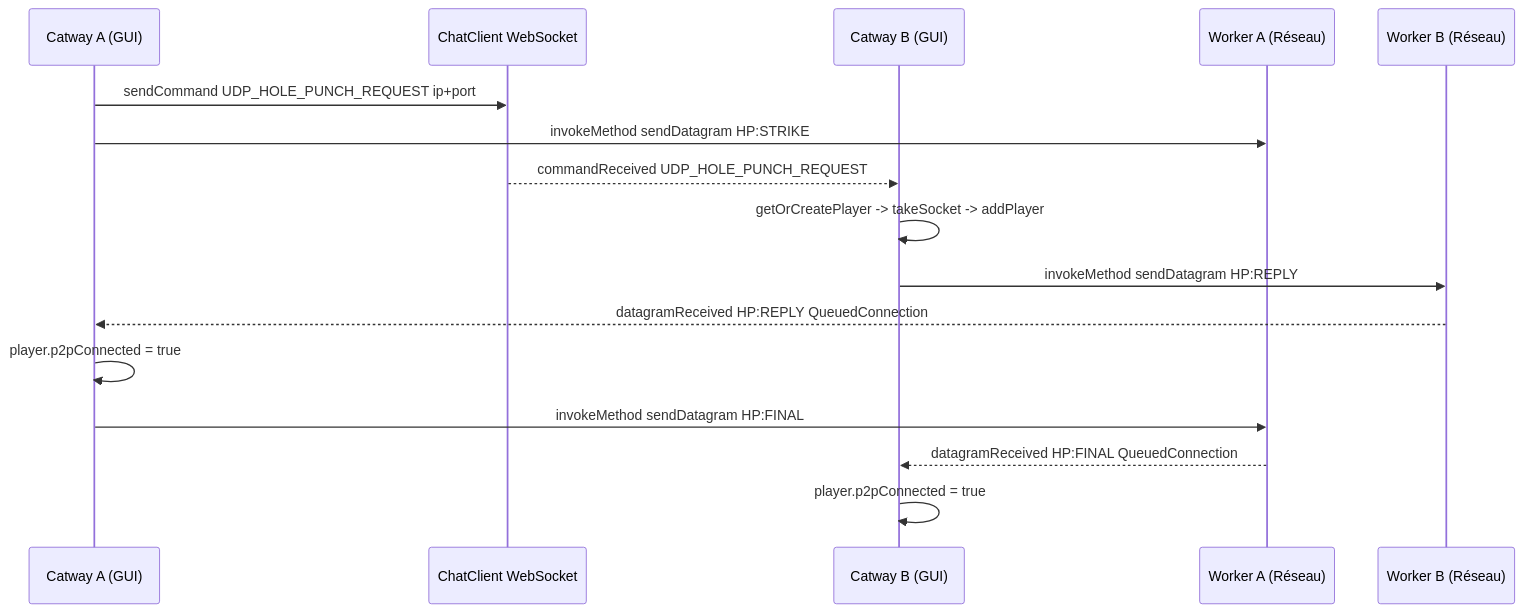
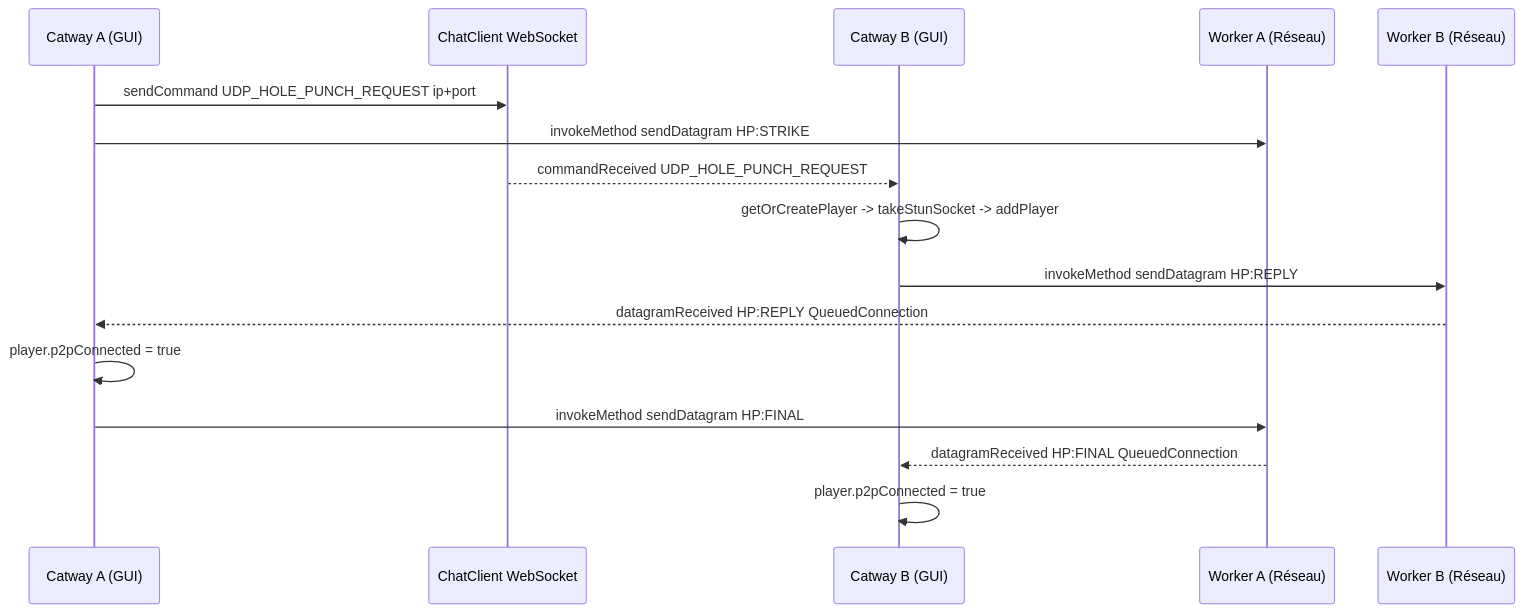
Before and after one commit to antoinnneee/meownopoly: the fifth of 6 diagrams in Meownopoly/doc/architecture/CATWAY_ARCHITECTURE.md, drawn with Mermaid. The commit also changed other lines of this file and 5 other files, not shown here.

````diff
--- a/Meownopoly/doc/architecture/CATWAY_ARCHITECTURE.md
+++ b/Meownopoly/doc/architecture/CATWAY_ARCHITECTURE.md
@@ -233,19 +265,19 @@
 ```mermaid
 sequenceDiagram
     participant A as Catway A (GUI)
     participant Chat as ChatClient WebSocket
     participant B as Catway B (GUI)
     participant ANet as Worker A (Réseau)
     participant BNet as Worker B (Réseau)
 
     A->>Chat: sendCommand UDP_HOLE_PUNCH_REQUEST ip+port
     A->>ANet: invokeMethod sendDatagram HP:STRIKE
     Chat-->>B: commandReceived UDP_HOLE_PUNCH_REQUEST
-    B->>B: getOrCreatePlayer -> takeSocket -> addPlayer
+    B->>B: getOrCreatePlayer -> takeStunSocket -> addPlayer
     B->>BNet: invokeMethod sendDatagram HP:REPLY
     BNet-->>A: datagramReceived HP:REPLY QueuedConnection
     A->>A: player.p2pConnected = true
     A->>ANet: invokeMethod sendDatagram HP:FINAL
     ANet-->>B: datagramReceived HP:FINAL QueuedConnection
     B->>B: player.p2pConnected = true
 ```
````
